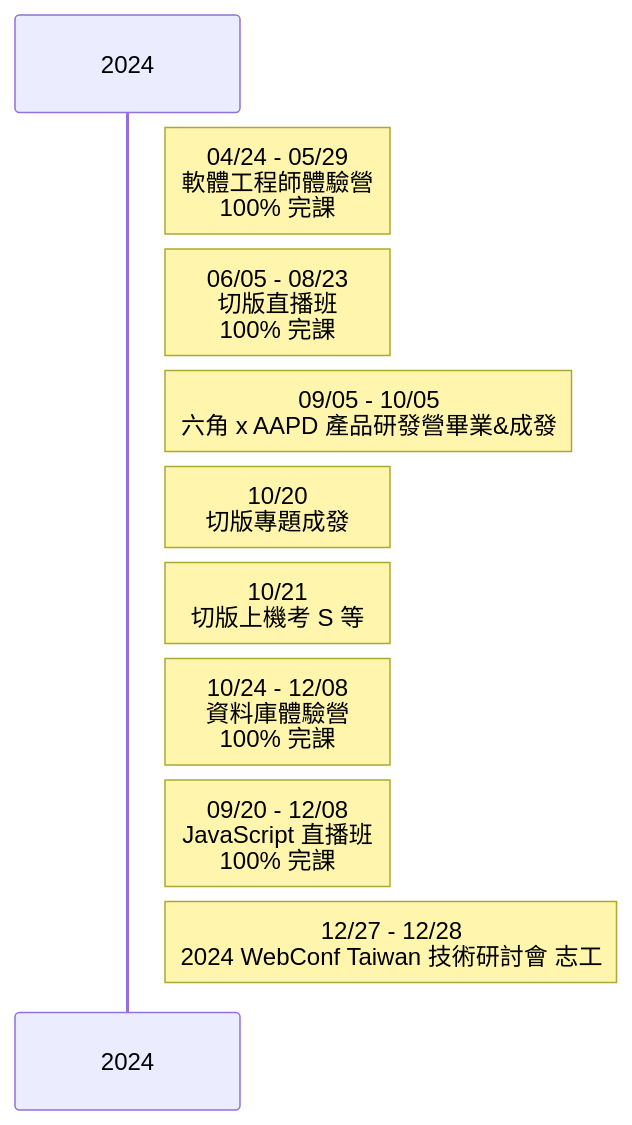
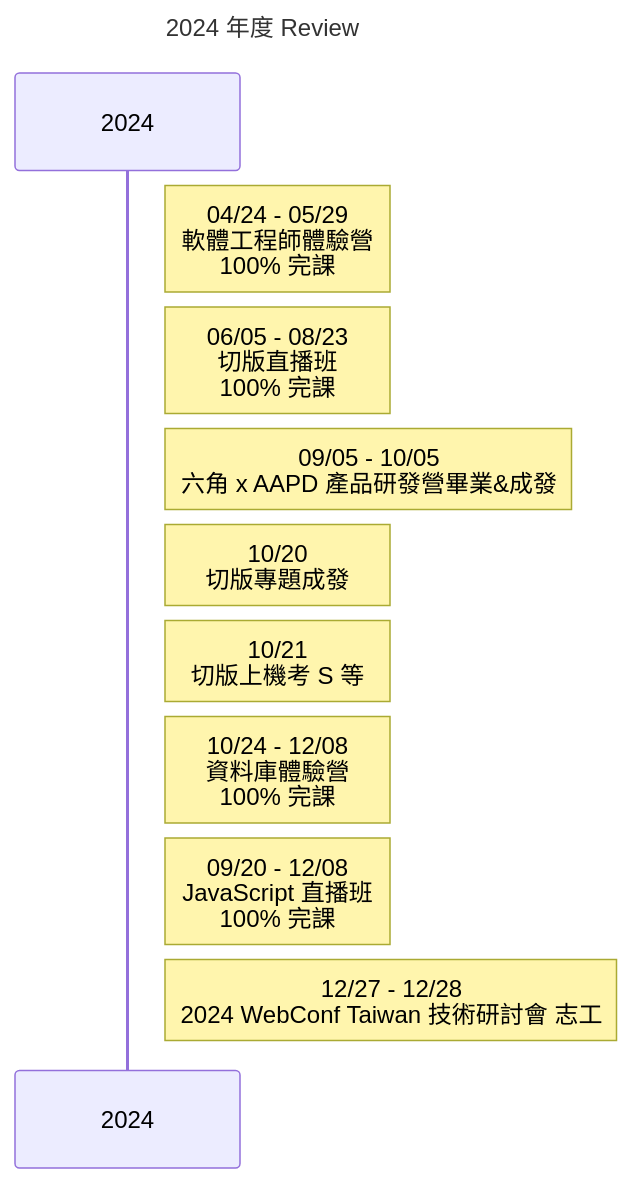
One commit to CloveTseng/CloveTseng changed the diagram in README.md. Above: the diagram before and after it, drawn with Mermaid.

Commit message:
update mermaid

````diff
--- a/README.md
+++ b/README.md
@@ -49,15 +49,15 @@
 ```mermaid
 sequenceDiagram
-    title  
+    title 2024 年度 Review
 
     participant 2024
 
     Note right of 2024: 04/24 - 05/29 <br>軟體工程師體驗營<br>100% 完課
     Note right of 2024: 06/05 - 08/23 <br>切版直播班<br>100% 完課
     Note right of 2024: 09/05 - 10/05 <br>六角 x AAPD 產品研發營畢業&成發
     Note right of 2024: 10/20 <br>切版專題成發
     Note right of 2024: 10/21 <br>切版上機考 S 等
     Note right of 2024: 10/24 - 12/08 <br>資料庫體驗營<br>100% 完課
     Note right of 2024: 09/20 - 12/08 <br>JavaScript 直播班<br>100% 完課
     Note right of 2024: 12/27 - 12/28 <br>2024 WebConf Taiwan 技術研討會 志工
 ```
````
